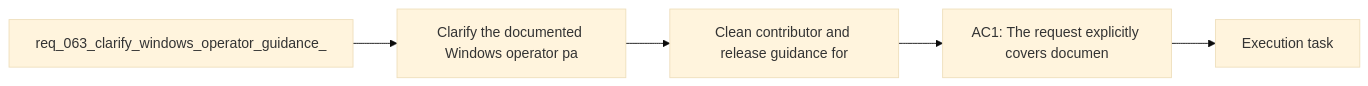
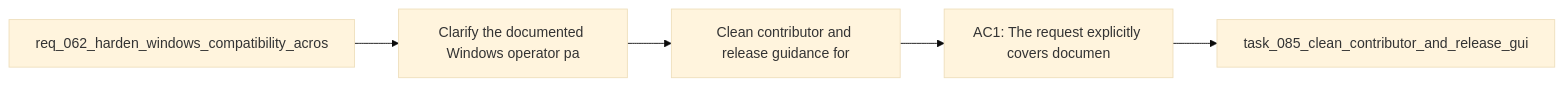
The diagram in logics/backlog/item_080_clean_contributor_and_release_guidance_for_windows_friendly_shell_and_temp_path_usage.md (AlexAgo83/logics-manager), drawn with Mermaid (base theme) before and after one commit. The commit also changed 481 other files, not shown here.

````diff
--- a/logics/backlog/item_080_clean_contributor_and_release_guidance_for_windows_friendly_shell_and_temp_path_usage.md
+++ b/logics/backlog/item_080_clean_contributor_and_release_guidance_for_windows_friendly_shell_and_temp_path_usage.md
@@ -23,9 +23,9 @@
 ```mermaid
 %% logics-kind: backlog
 %% logics-signature: backlog|clean-contributor-and-release-guidance-f|req-062-harden-windows-compatibility-acr|clarify-the-documented-windows-operator-|ac1-the-request-explicitly-covers-docume
 flowchart LR
-    Request[req_063_clarify_windows_operator_guidance_] --> Problem[Clarify the documented Windows operator pa]
+    Request[req_062_harden_windows_compatibility_acros] --> Problem[Clarify the documented Windows operator pa]
     Problem --> Scope[Clean contributor and release guidance for]
     Scope --> Acceptance[AC1: The request explicitly covers documen]
-    Acceptance --> Tasks[Execution task]
+    Acceptance --> Tasks[task_085_clean_contributor_and_release_gui]
 ```
````
